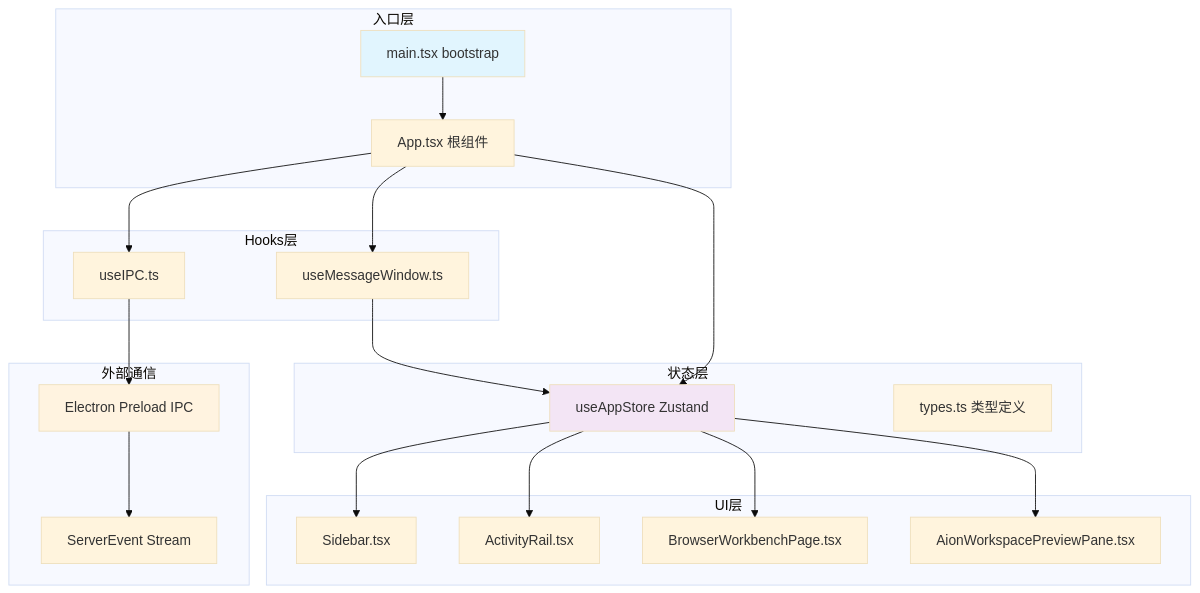
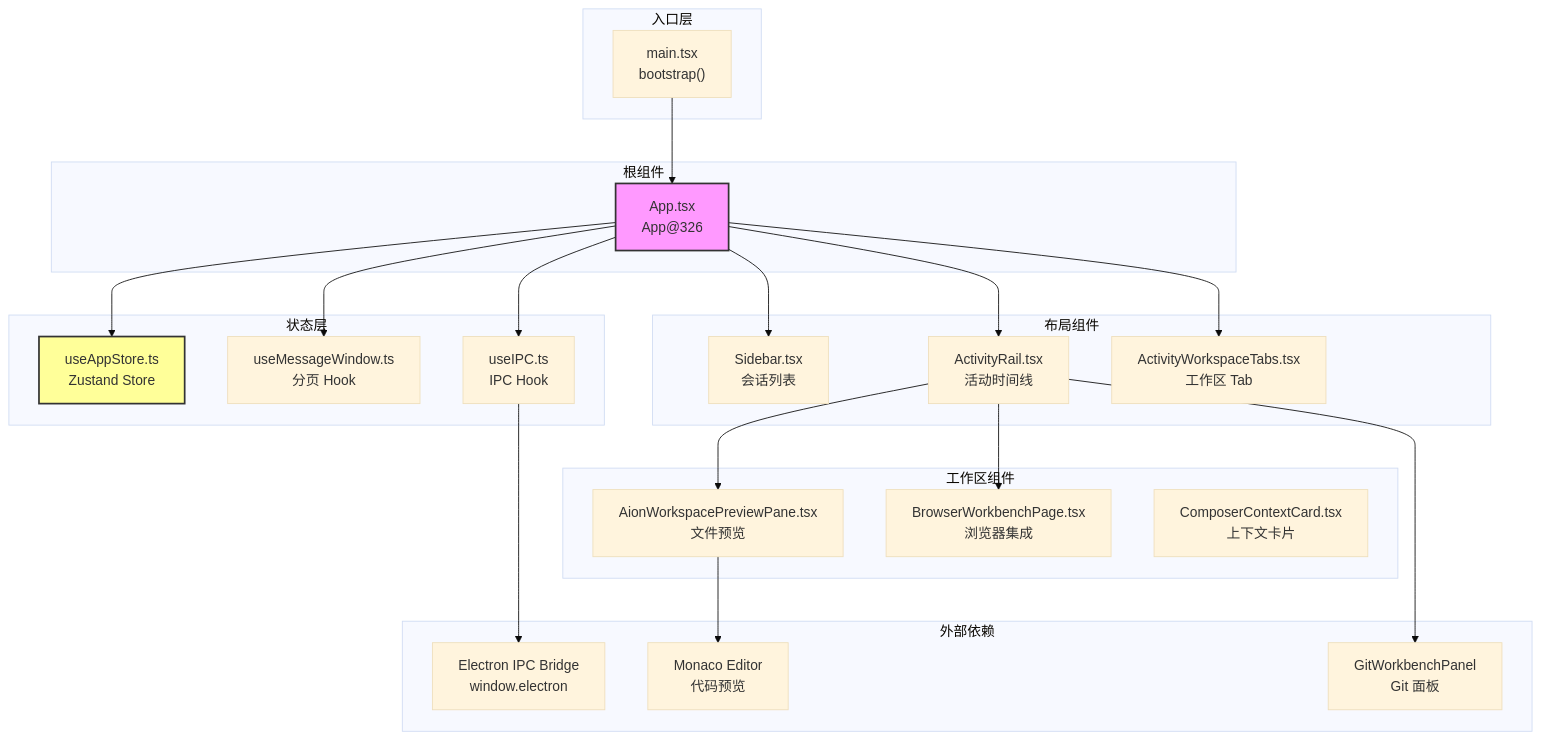
One commit to lst016/tech-cc-hub changed the first of 2 diagrams in .tech/repowiki/zh/content/核心模块规格/前端 Shell 与组件总览.md. Above: the diagram before and after it, drawn with Mermaid (base theme). The commit also changed other lines of this file and 129 other files, not shown here.

````diff
--- a/.tech/repowiki/zh/content/核心模块规格/前端 Shell 与组件总览.md
+++ b/.tech/repowiki/zh/content/核心模块规格/前端 Shell 与组件总览.md
@@ -87,45 +114,50 @@
 ```mermaid
 flowchart TD
-    subgraph 入口层
-        M[main.tsx bootstrap]
-        A[App.tsx 根组件]
+    subgraph Entry["入口层"]
+        A["main.tsx<br/>bootstrap()"]
     end
 
-    subgraph 状态层
-        S[useAppStore Zustand]
-        T[types.ts 类型定义]
+    subgraph Root["根组件"]
+        B["App.tsx<br/>App@326"]
     end
 
-    subgraph UI层
-        SB[Sidebar.tsx]
-        AR[ActivityRail.tsx]
-        BP[BrowserWorkbenchPage.tsx]
-        PV[AionWorkspacePreviewPane.tsx]
+    subgraph State["状态层"]
+        C["useAppStore.ts<br/>Zustand Store"]
+        D["useMessageWindow.ts<br/>分页 Hook"]
+        E["useIPC.ts<br/>IPC Hook"]
     end
 
-    subgraph Hooks层
-        IPC[useIPC.ts]
-        MW[useMessageWindow.ts]
+    subgraph Layout["布局组件"]
+        F["Sidebar.tsx<br/>会话列表"]
+        G["ActivityRail.tsx<br/>活动时间线"]
+        H["ActivityWorkspaceTabs.tsx<br/>工作区 Tab"]
     end
 
-    subgraph 外部通信
-        EP[Electron Preload IPC]
-        SE[ServerEvent Stream]
+    subgraph Workspace["工作区组件"]
+        I["AionWorkspacePreviewPane.tsx<br/>文件预览"]
+        J["BrowserWorkbenchPage.tsx<br/>浏览器集成"]
+        K["ComposerContextCard.tsx<br/>上下文卡片"]
     end
 
-    M --> A
-    A --> S
-    A --> IPC
-    A --> MW
-    IPC --> EP
-    MW --> S
-    S --> SB
-    S --> AR
-    S --> BP
-    S --> PV
-    EP --> SE
+    subgraph External["外部依赖"]
+        L["Electron IPC Bridge<br/>window.electron"]
+        M["Monaco Editor<br/>代码预览"]
+        N["GitWorkbenchPanel<br/>Git 面板"]
+    end
 
-    style M fill:#e1f5fe
-    style S fill:#f3e5f5
-    style EP fill:#fff3e0
+    A --> B
+    B --> C
+    B --> D
+    B --> E
+    B --> F
+    B --> G
+    B --> H
+    G --> I
+    G --> J
+    G --> N
+    E --> L
+    I --> M
+
+    style B fill:#f9f,stroke:#333,stroke-width:2px
+    style C fill:#ff9,stroke:#333,stroke-width:2px
 ```
````
